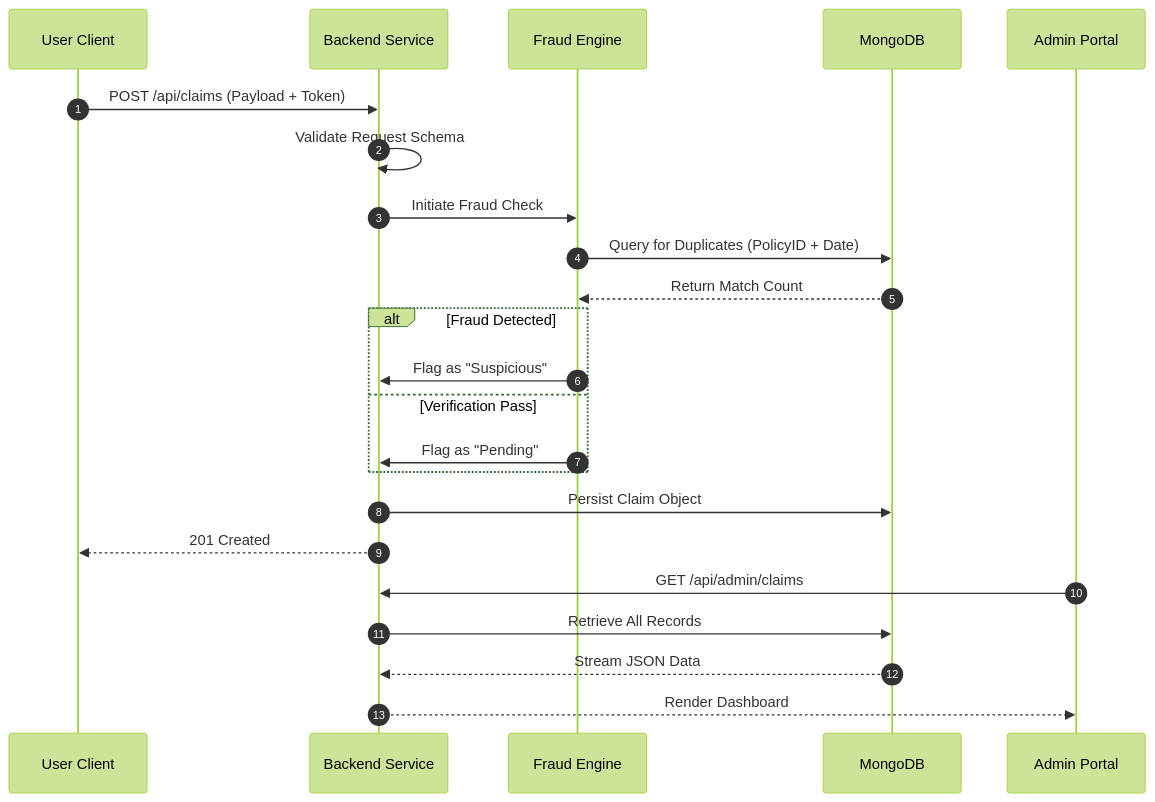
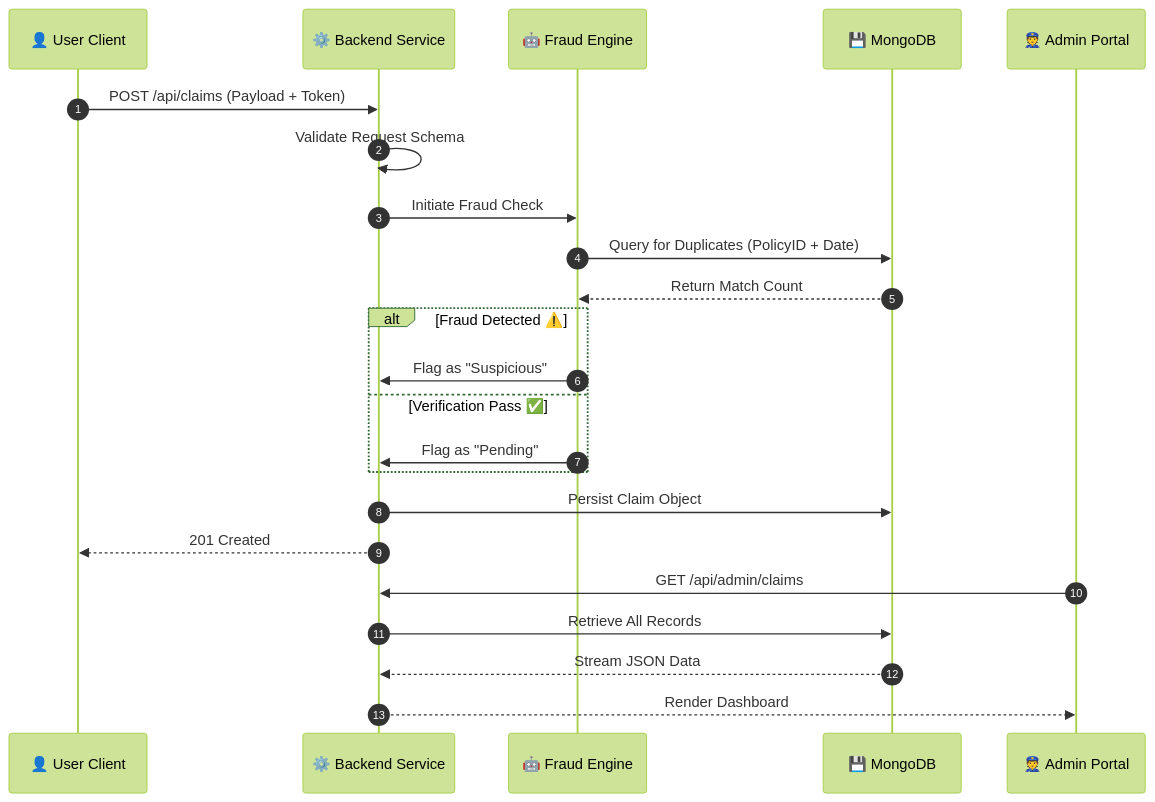
Before and after one commit to Aditya0825-crypto/ClaimGuard: the diagram in README.md, drawn with Mermaid (forest theme). The commit also changed other lines of this file, not shown here.

````diff
--- a/README.md
+++ b/README.md
@@ -29,29 +35,29 @@
 ```mermaid
 sequenceDiagram
     autonumber
-    participant Client as User Client
-    participant API as Backend Service
-    participant Engine as Fraud Engine
-    participant DB as MongoDB
-    participant Admin as Admin Portal
+    participant Client as 👤 User Client
+    participant API as ⚙️ Backend Service
+    participant Engine as 🤖 Fraud Engine
+    participant DB as 💾 MongoDB
+    participant Admin as 👮 Admin Portal
 
     Client->>API: POST /api/claims (Payload + Token)
     API->>API: Validate Request Schema
     API->>Engine: Initiate Fraud Check
     Engine->>DB: Query for Duplicates (PolicyID + Date)
     DB-->>Engine: Return Match Count
     
-    alt Fraud Detected
+    alt Fraud Detected ⚠️
         Engine->>API: Flag as "Suspicious"
-    else Verification Pass
+    else Verification Pass ✅
         Engine->>API: Flag as "Pending"
     end
 
     API->>DB: Persist Claim Object
     API-->>Client: 201 Created
 
     Admin->>API: GET /api/admin/claims
     API->>DB: Retrieve All Records
     DB-->>API: Stream JSON Data
     API-->>Admin: Render Dashboard
 ```
````
